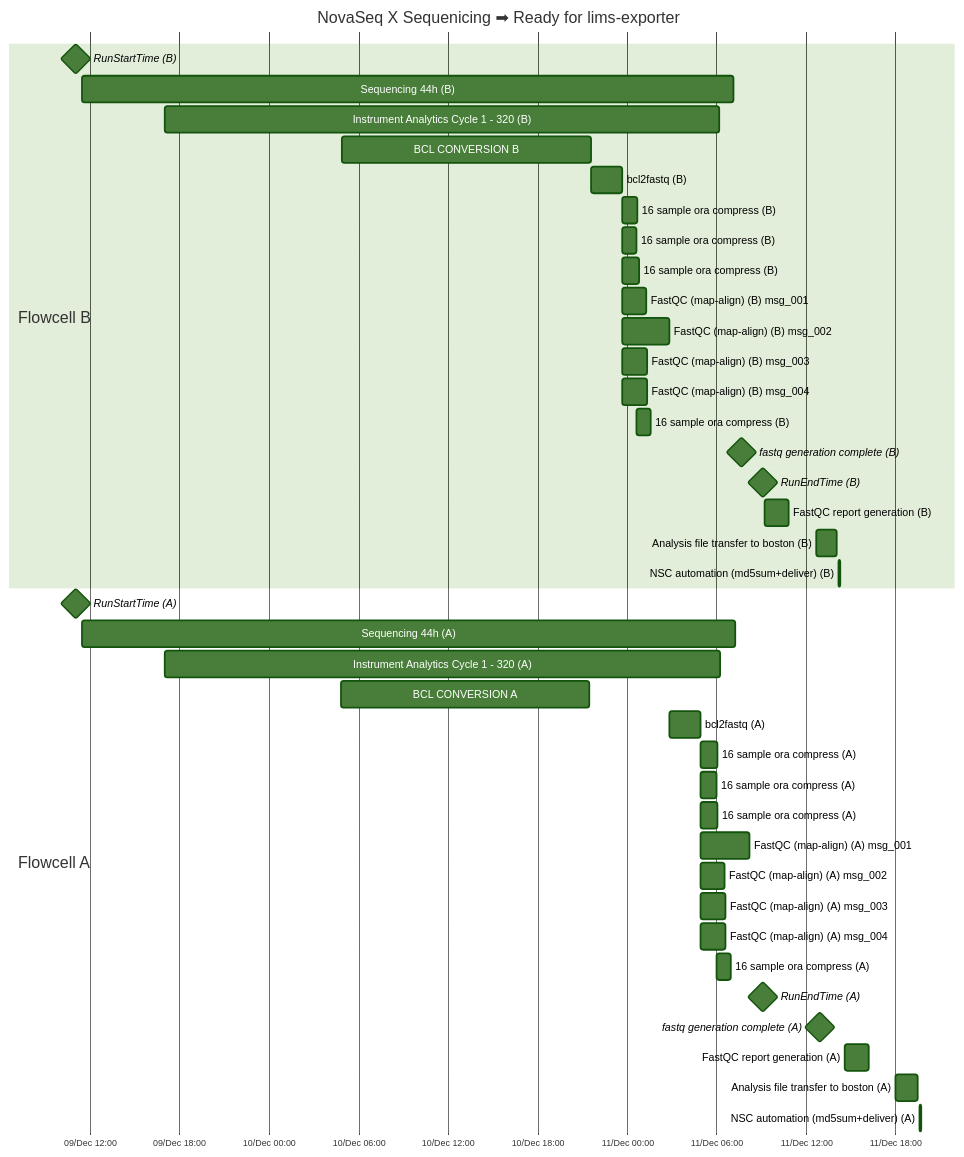
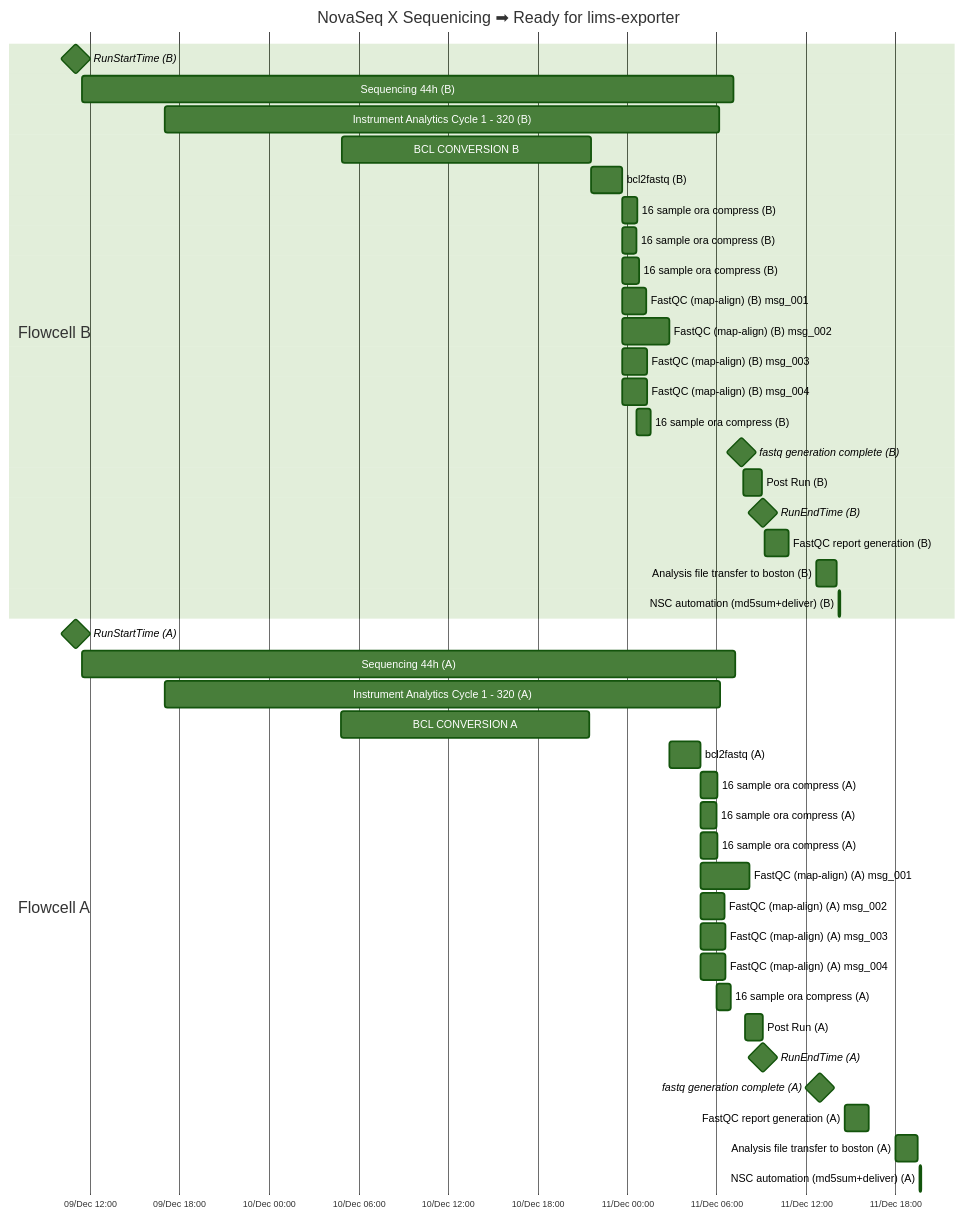
One commit to xuyangy/website changed the fourth of 18 diagrams in projects/wgs_upscale/wgs_upscaling_bioinf_pipeline.qmd. Above: the diagram before and after it, drawn with Mermaid. The commit also changed other lines of this file, not shown here.

````diff
--- a/projects/wgs_upscale/wgs_upscaling_bioinf_pipeline.qmd
+++ b/projects/wgs_upscale/wgs_upscaling_bioinf_pipeline.qmd
@@ -297,57 +302,59 @@
 ```{mermaid}
 %%| label: fig-dual-25B-flowcell-2nd-analysis-bcl-convert-only
 %%| fig-cap: Dual 25B flowcell 2nd Analysis BCL Convert only NovaSeq X reported time
 gantt
 %%{ 
   init: { 
     'theme': 'forest' ,
     'gantt': {
       'barHeight': 30,
       'fontSize': 12,
       'sectionFontSize': 18
     }
   } 
 }%%
 dateFormat YYYY-MM-DD HH:mm:ss
 axisFormat %d/%b %H:%M
 title NovaSeq X Sequenicing ➡  Ready for lims-exporter
 section Flowcell B
 RunStartTime (B): milestone, 2024-12-09 11:03:53, 0d
 Sequencing 44h (B): seq, 2024-12-09 11:30:41, 2024-12-11 07:09:03
 Instrument Analytics Cycle 1 - 320 (B): 2024-12-09 17:01:58, 2024-12-11 06:09:02
 BCL CONVERSION B: convB, 2024-12-10 04:52:36, 2024-12-10 21:33:20
 bcl2fastq (B): 2024-12-10 21:33:21, 2024-12-10 23:39:08
 16 sample ora compress (B): 2024-12-10 23:39:09, 2024-12-11 00:40:27
 16 sample ora compress (B): 2024-12-10 23:39:09, 2024-12-11 00:36:40
 16 sample ora compress (B): 2024-12-10 23:39:09, 2024-12-11 00:47:16
 FastQC (map-align) (B) msg_001: 2024-12-10 23:39:09, 2024-12-11 01:16:52
 FastQC (map-align) (B) msg_002: 2024-12-10 23:39:09, 2024-12-11 02:49:01
 FastQC (map-align) (B) msg_003: 2024-12-10 23:39:09, 2024-12-11 01:21:56
 FastQC (map-align) (B) msg_004: 2024-12-10 23:39:09, 2024-12-11 01:21:20
 16 sample ora compress (B): 2024-12-11 00:36:40, 2024-12-11 01:33:13
 fastq generation complete (B): milestone, 2024-12-11 07:39:08, 0d
+Post Run (B): 2024-12-11 07:47:48, 2024-12-11 09:00:31
 RunEndTime (B): milestone, 2024-12-11 09:04:23, 0d
 FastQC report generation (B): 2024-12-11 09:12:00, 2024-12-11 10:50:00
 Analysis file transfer to boston (B): 2024-12-11 12:40:00, 2024-12-11 14:02:00
 NSC automation (md5sum+deliver) (B):  2024-12-11 14:10:02, 2024-12-11 14:16:49
 section Flowcell A
 RunStartTime (A): milestone, 2024-12-09 11:03:52, 0d
 Sequencing 44h (A): seq, 2024-12-09 11:30:37, 2024-12-11 07:12:55
 Instrument Analytics Cycle 1 - 320 (A): 2024-12-09 17:02:34, 2024-12-11 06:12:54
 BCL CONVERSION A: convA, 2024-12-10 04:49:52, 2024-12-10 21:29:01
 bcl2fastq (A): 2024-12-11 02:51:04, 2024-12-11 04:54:52
 16 sample ora compress (A): 2024-12-11 04:54:52, 2024-12-11 06:03:44
 16 sample ora compress (A): 2024-12-11 04:54:52, 2024-12-11 06:00:23
 16 sample ora compress (A): 2024-12-11 04:54:52, 2024-12-11 06:04:37
 FastQC (map-align) (A) msg_001: 2024-12-11 04:54:52, 2024-12-11 08:11:00
 FastQC (map-align) (A) msg_002: 2024-12-11 04:54:52, 2024-12-11 06:32:46
 FastQC (map-align) (A) msg_003: 2024-12-11 04:54:52, 2024-12-11 06:34:32
 FastQC (map-align) (A) msg_004: 2024-12-11 04:54:52, 2024-12-11 06:35:42
 16 sample ora compress (A): 2024-12-11 06:00:23, 2024-12-11 06:57:40
+Post Run (A): 2024-12-11 07:54:00, 2024-12-11 09:04:23
 RunEndTime (A): milestone, 2024-12-11 09:04:23, 0d
 fastq generation complete (A): milestone, 2024-12-11 12:54:52, 0d
 FastQC report generation (A): 2024-12-11 14:33:00, 2024-12-11 16:12:00
 Analysis file transfer to boston (A): 2024-12-11 18:00:00, 2024-12-11 19:27:00
 NSC automation (md5sum+deliver) (A):  2024-12-11 19:35:01,  2024-12-11 19:42:11
 
 ```
````
